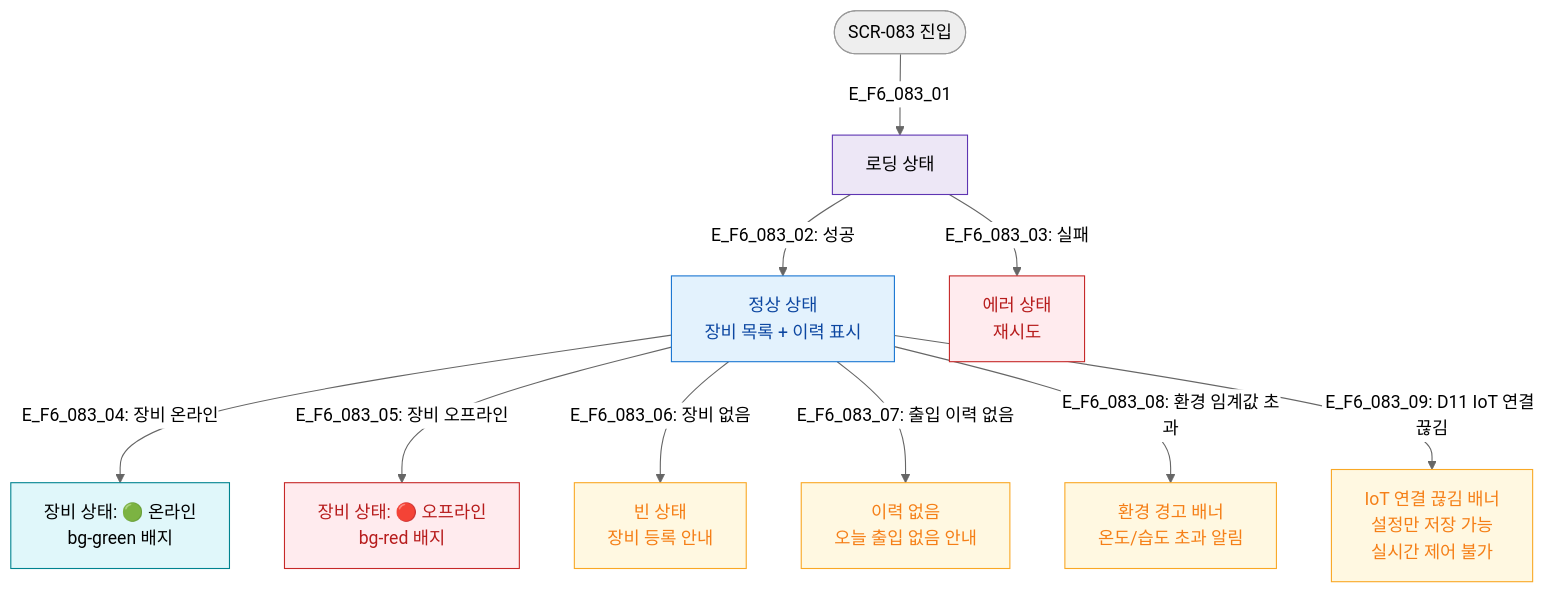
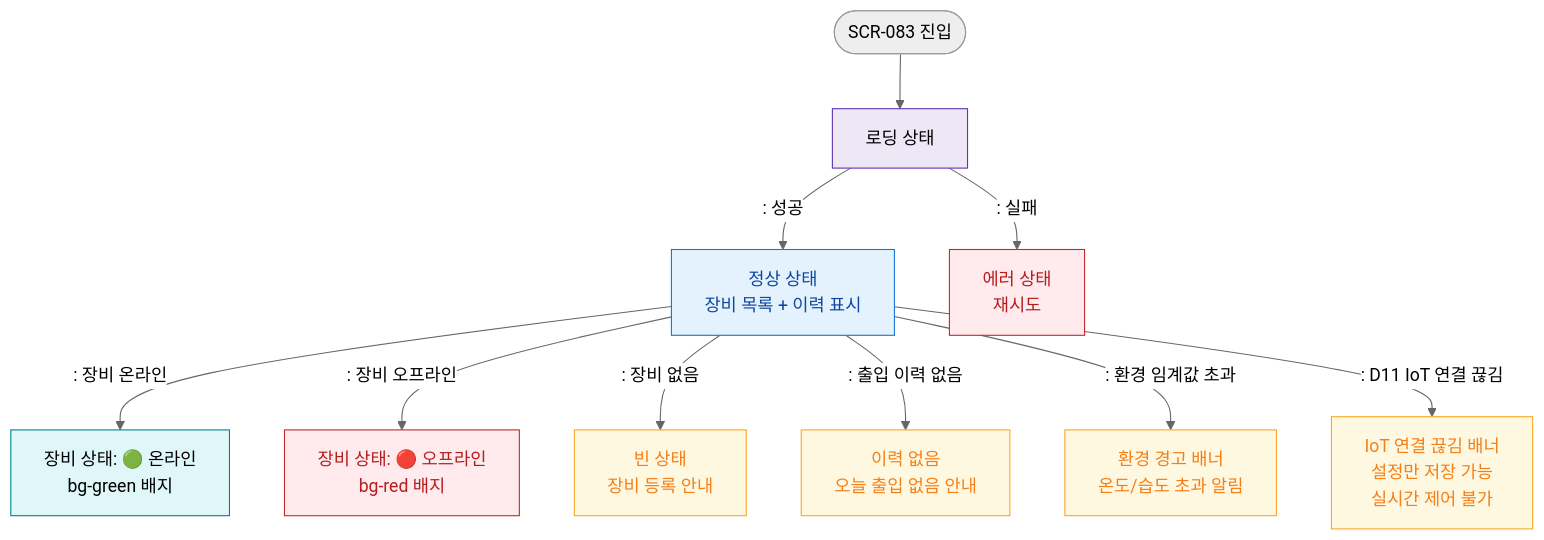
The diagram in docs/다이어그램/D09_설정관리/SCR-083_IoT출입관리/F6_상태별화면.md (dev-spogym/admin-pando), drawn with Mermaid (neutral theme) before and after one commit. The commit also changed other lines of this file and 1660 other files, not shown here.

First line of the commit message:
다이어그램: 기획자/클라이언트 납품본으로 정리

````diff
--- a/docs/다이어그램/D09_설정관리/SCR-083_IoT출입관리/F6_상태별화면.md
+++ b/docs/다이어그램/D09_설정관리/SCR-083_IoT출입관리/F6_상태별화면.md
@@ -14,26 +12,26 @@
 ```mermaid
 flowchart TD
-    Entry([SCR-083 진입]) -->|E_F6_083_01| Loading[로딩 상태]
-    Loading -->|"E_F6_083_02: 성공"| Normal[정상 상태\n장비 목록 + 이력 표시]
-    Loading -->|"E_F6_083_03: 실패"| ErrorState[에러 상태\n재시도]
+    Entry([SCR-083 진입]) --> Loading[로딩 상태]
+    Loading -->|": 성공"|Normal[정상 상태\n장비 목록 + 이력 표시]
+    Loading -->|": 실패"|ErrorState[에러 상태\n재시도]
 
-    Normal -->|"E_F6_083_04: 장비 온라인"| DeviceOnline[장비 상태: 🟢 온라인\nbg-green 배지]
-    Normal -->|"E_F6_083_05: 장비 오프라인"| DeviceOffline[장비 상태: 🔴 오프라인\nbg-red 배지]
-    Normal -->|"E_F6_083_06: 장비 없음"| EmptyGate[빈 상태\n장비 등록 안내]
+    Normal -->|": 장비 온라인"|DeviceOnline[장비 상태: 🟢 온라인\nbg-green 배지]
+    Normal -->|": 장비 오프라인"|DeviceOffline[장비 상태: 🔴 오프라인\nbg-red 배지]
+    Normal -->|": 장비 없음"|EmptyGate[빈 상태\n장비 등록 안내]
 
-    Normal -->|"E_F6_083_07: 출입 이력 없음"| EmptyLog[이력 없음\n오늘 출입 없음 안내]
-    Normal -->|"E_F6_083_08: 환경 임계값 초과"| TempWarn[환경 경고 배너\n온도/습도 초과 알림]
+    Normal -->|": 출입 이력 없음"|EmptyLog[이력 없음\n오늘 출입 없음 안내]
+    Normal -->|": 환경 임계값 초과"|TempWarn[환경 경고 배너\n온도/습도 초과 알림]
 
-    Normal -->|"E_F6_083_09: D11 IoT 연결 끊김"| IoTDisconn[IoT 연결 끊김 배너\n설정만 저장 가능\n실시간 제어 불가]
+    Normal -->|": D11 IoT 연결 끊김"|IoTDisconn[IoT 연결 끊김 배너\n설정만 저장 가능\n실시간 제어 불가]
 
     classDef screen fill:#E3F2FD,stroke:#1976D2,color:#0D47A1
     classDef error fill:#FFEBEE,stroke:#C62828,color:#B71C1C
     classDef warning fill:#FFF8E1,stroke:#F9A825,color:#F57F17
     classDef system fill:#EDE7F6,stroke:#5E35B2
     classDef info fill:#E0F7FA,stroke:#00838F
     class Normal screen
     class ErrorState,DeviceOffline error
     class EmptyGate,EmptyLog,TempWarn,IoTDisconn warning
     class DeviceOnline info
     class Loading system
 ```
````
